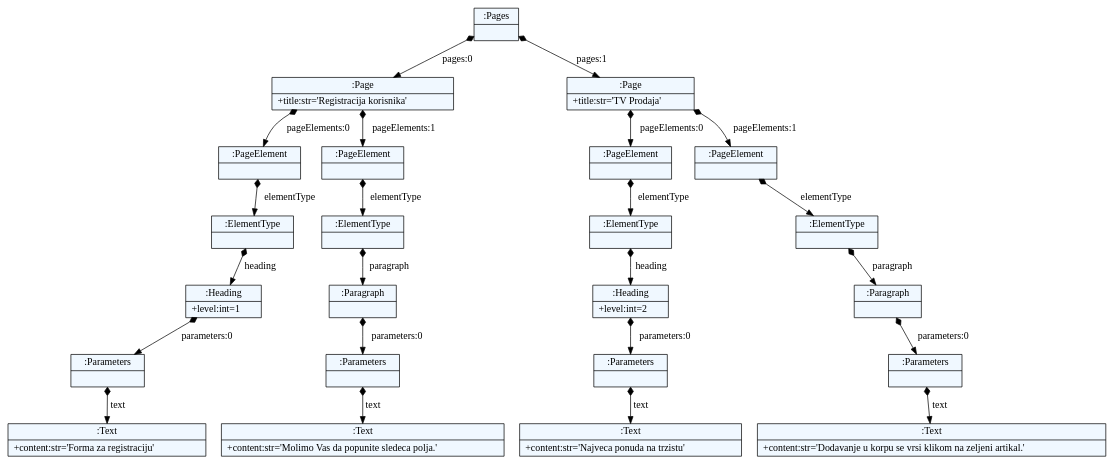
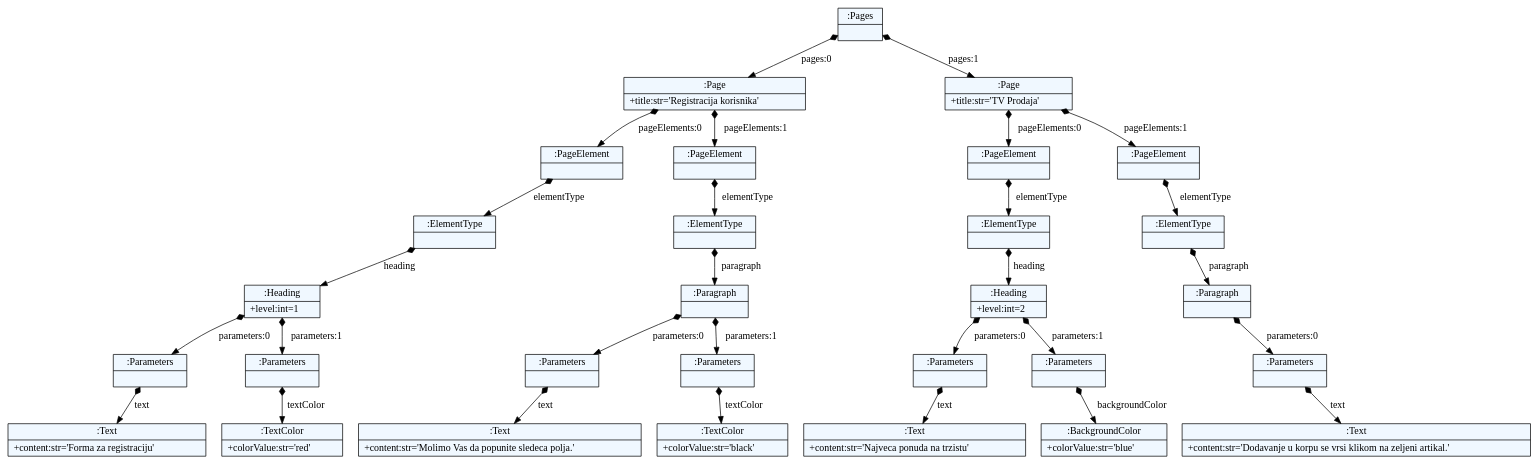
One commit to jovana992/jsd2017 changed the diagram in JSD/test.dot. Above: the diagram before and after it, drawn with Graphviz. The commit also changed 4 other files, not shown here.

Commit message:
Added rules for text color and background color.

```diff
--- a/JSD/test.dot
+++ b/JSD/test.dot
@@ -1,60 +1,72 @@
 
     digraph xtext {
     fontname = "Bitstream Vera Sans"
     fontsize = 8
     node[
         shape=record,
         style=filled,
         fillcolor=aliceblue
     ]
     nodesep = 0.3
     edge[dir=black,arrowtail=empty]
 
 
-2120805510056 -> 2120805510448 [label="pages:0" arrowtail=diamond dir=both]
-2120805510448 -> 2120805510560 [label="pageElements:0" arrowtail=diamond dir=both]
-2120805510560 -> 2120805511064 [label="elementType" arrowtail=diamond dir=both]
-2120805511064 -> 2120805531776 [label="heading" arrowtail=diamond dir=both]
-2120805531776 -> 2120805531944 [label="parameters:0" arrowtail=diamond dir=both]
-2120805531944 -> 2120805532112 [label="text" arrowtail=diamond dir=both]
-2120805532112[label="{:Text|+content:str='Forma za registraciju'\l}"]
-2120805531944[label="{:Parameters|}"]
-2120805531776[label="{:Heading|+level:int=1\l}"]
-2120805511064[label="{:ElementType|}"]
-2120805510560[label="{:PageElement|}"]
-2120805510448 -> 2120805511008 [label="pageElements:1" arrowtail=diamond dir=both]
-2120805511008 -> 2120805531720 [label="elementType" arrowtail=diamond dir=both]
-2120805531720 -> 2120805532000 [label="paragraph" arrowtail=diamond dir=both]
-2120805532000 -> 2120805532224 [label="parameters:0" arrowtail=diamond dir=both]
-2120805532224 -> 2120805532280 [label="text" arrowtail=diamond dir=both]
-2120805532280[label="{:Text|+content:str='Molimo Vas da popunite sledeca polja.'\l}"]
-2120805532224[label="{:Parameters|}"]
-2120805532000[label="{:Paragraph|}"]
-2120805531720[label="{:ElementType|}"]
-2120805511008[label="{:PageElement|}"]
-2120805510448[label="{:Page|+title:str='Registracija korisnika'\l}"]
-2120805510056 -> 2120805510504 [label="pages:1" arrowtail=diamond dir=both]
-2120805510504 -> 2120805511120 [label="pageElements:0" arrowtail=diamond dir=both]
-2120805511120 -> 2120805531888 [label="elementType" arrowtail=diamond dir=both]
-2120805531888 -> 2120805532336 [label="heading" arrowtail=diamond dir=both]
-2120805532336 -> 2120805532560 [label="parameters:0" arrowtail=diamond dir=both]
-2120805532560 -> 2120805532672 [label="text" arrowtail=diamond dir=both]
-2120805532672[label="{:Text|+content:str='Najveca ponuda na trzistu'\l}"]
-2120805532560[label="{:Parameters|}"]
-2120805532336[label="{:Heading|+level:int=2\l}"]
-2120805531888[label="{:ElementType|}"]
-2120805511120[label="{:PageElement|}"]
-2120805510504 -> 2120805531832 [label="pageElements:1" arrowtail=diamond dir=both]
-2120805531832 -> 2120805532168 [label="elementType" arrowtail=diamond dir=both]
-2120805532168 -> 2120805532504 [label="paragraph" arrowtail=diamond dir=both]
-2120805532504 -> 2120805532896 [label="parameters:0" arrowtail=diamond dir=both]
-2120805532896 -> 2120805532952 [label="text" arrowtail=diamond dir=both]
-2120805532952[label="{:Text|+content:str='Dodavanje u korpu se vrsi klikom na zeljeni artikal.'\l}"]
-2120805532896[label="{:Parameters|}"]
-2120805532504[label="{:Paragraph|}"]
-2120805532168[label="{:ElementType|}"]
-2120805531832[label="{:PageElement|}"]
-2120805510504[label="{:Page|+title:str='TV Prodaja'\l}"]
-2120805510056[label="{:Pages|}"]
+1487413022960 -> 1487413242008 [label="pages:0" arrowtail=diamond dir=both]
+1487413242008 -> 1487413242120 [label="pageElements:0" arrowtail=diamond dir=both]
+1487413242120 -> 1487413242624 [label="elementType" arrowtail=diamond dir=both]
+1487413242624 -> 1487413242736 [label="heading" arrowtail=diamond dir=both]
+1487413242736 -> 1487413242904 [label="parameters:0" arrowtail=diamond dir=both]
+1487413242904 -> 1487413243072 [label="text" arrowtail=diamond dir=both]
+1487413243072[label="{:Text|+content:str='Forma za registraciju'\l}"]
+1487413242904[label="{:Parameters|}"]
+1487413242736 -> 1487413243016 [label="parameters:1" arrowtail=diamond dir=both]
+1487413243016 -> 1487413243184 [label="textColor" arrowtail=diamond dir=both]
+1487413243184[label="{:TextColor|+colorValue:str='red'\l}"]
+1487413243016[label="{:Parameters|}"]
+1487413242736[label="{:Heading|+level:int=1\l}"]
+1487413242624[label="{:ElementType|}"]
+1487413242120[label="{:PageElement|}"]
+1487413242008 -> 1487413218776 [label="pageElements:1" arrowtail=diamond dir=both]
+1487413218776 -> 1487413242288 [label="elementType" arrowtail=diamond dir=both]
+1487413242288 -> 1487413242792 [label="paragraph" arrowtail=diamond dir=both]
+1487413242792 -> 1487413243128 [label="parameters:0" arrowtail=diamond dir=both]
+1487413243128 -> 1487413243352 [label="text" arrowtail=diamond dir=both]
+1487413243352[label="{:Text|+content:str='Molimo Vas da popunite sledeca polja.'\l}"]
+1487413243128[label="{:Parameters|}"]
+1487413242792 -> 1487413243296 [label="parameters:1" arrowtail=diamond dir=both]
+1487413243296 -> 1487413243408 [label="textColor" arrowtail=diamond dir=both]
+1487413243408[label="{:TextColor|+colorValue:str='black'\l}"]
+1487413243296[label="{:Parameters|}"]
+1487413242792[label="{:Paragraph|}"]
+1487413242288[label="{:ElementType|}"]
+1487413218776[label="{:PageElement|}"]
+1487413242008[label="{:Page|+title:str='Registracija korisnika'\l}"]
+1487413022960 -> 1487413138096 [label="pages:1" arrowtail=diamond dir=both]
+1487413138096 -> 1487413242176 [label="pageElements:0" arrowtail=diamond dir=both]
+1487413242176 -> 1487413242456 [label="elementType" arrowtail=diamond dir=both]
+1487413242456 -> 1487413243240 [label="heading" arrowtail=diamond dir=both]
+1487413243240 -> 1487413243632 [label="parameters:0" arrowtail=diamond dir=both]
+1487413243632 -> 1487413243744 [label="text" arrowtail=diamond dir=both]
+1487413243744[label="{:Text|+content:str='Najveca ponuda na trzistu'\l}"]
+1487413243632[label="{:Parameters|}"]
+1487413243240 -> 1487413243688 [label="parameters:1" arrowtail=diamond dir=both]
+1487413243688 -> 1487413243856 [label="backgroundColor" arrowtail=diamond dir=both]
+1487413243856[label="{:BackgroundColor|+colorValue:str='blue'\l}"]
+1487413243688[label="{:Parameters|}"]
+1487413243240[label="{:Heading|+level:int=2\l}"]
+1487413242456[label="{:ElementType|}"]
+1487413242176[label="{:PageElement|}"]
+1487413138096 -> 1487413240944 [label="pageElements:1" arrowtail=diamond dir=both]
+1487413240944 -> 1487413242960 [label="elementType" arrowtail=diamond dir=both]
+1487413242960 -> 1487413243576 [label="paragraph" arrowtail=diamond dir=both]
+1487413243576 -> 1487413268664 [label="parameters:0" arrowtail=diamond dir=both]
+1487413268664 -> 1487413268720 [label="text" arrowtail=diamond dir=both]
+1487413268720[label="{:Text|+content:str='Dodavanje u korpu se vrsi klikom na zeljeni artikal.'\l}"]
+1487413268664[label="{:Parameters|}"]
+1487413243576[label="{:Paragraph|}"]
+1487413242960[label="{:ElementType|}"]
+1487413240944[label="{:PageElement|}"]
+1487413138096[label="{:Page|+title:str='TV Prodaja'\l}"]
+1487413022960[label="{:Pages|}"]
 
 }
```
